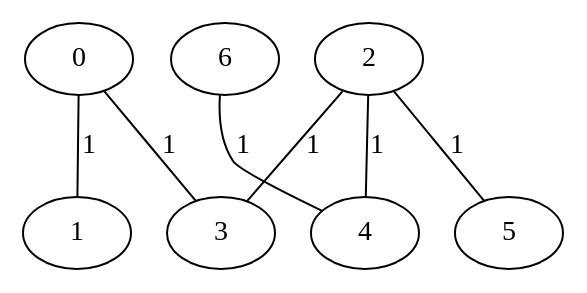
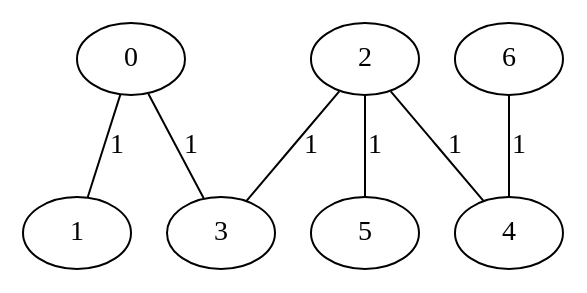
Before and after one commit to lebionick/GraphEdit: the diagram in GraphesLabWork2/tree.gv, drawn with Graphviz. The commit also changed 38 other files, not shown here.

Commit message:
Better graph logics added + modified heap

```diff
--- a/GraphesLabWork2/tree.gv
+++ b/GraphesLabWork2/tree.gv
@@ -1,8 +1,8 @@
 graph{
-0 -- 1[label="1"];
-6 -- 4[label="1"];
-2 -- 3[label="1"];
-2 -- 5[label="1"];
-2 -- 4[label="1"];
-0 -- 3[label="1"];
+0 -- 3[label="1",weight="1"];
+0 -- 1[label="1",weight="1"];
+2 -- 4[label="1",weight="1"];
+2 -- 5[label="1",weight="1"];
+2 -- 3[label="1",weight="1"];
+6 -- 4[label="1",weight="1"];
 }
```
